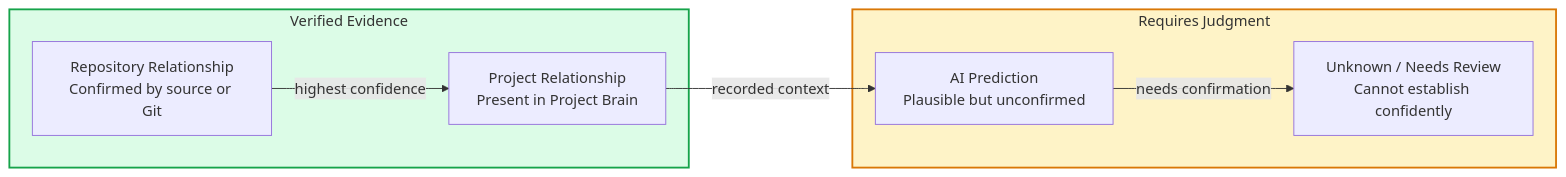
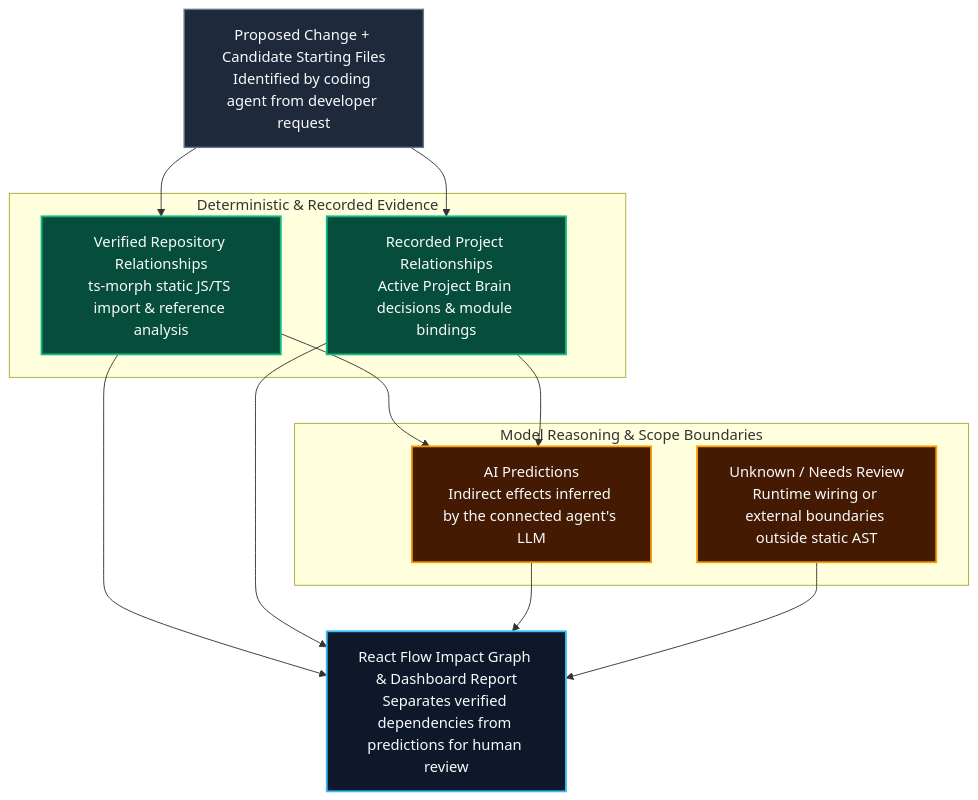
Before and after one commit to prajwal-govekar17/ProjectOS: the third of 6 diagrams in README.md, drawn with Mermaid. The commit also changed other lines of this file, not shown here.

Commit message:
docs: rewrite README with system architecture, Mermaid workflows, and engineering trade-offs

````diff
--- a/README.md
+++ b/README.md
@@ -340,19 +126,30 @@
 ```mermaid
-flowchart LR
-    subgraph VERIFIED["Verified Evidence"]
-        VR["Repository Relationship\nConfirmed by source or Git"]
-        PR["Project Relationship\nPresent in Project Brain"]
+flowchart TB
+    classDef input fill:#1e293b,stroke:#64748b,stroke-width:1.5px,color:#f8fafc
+    classDef fact fill:#064e3b,stroke:#10b981,stroke-width:2px,color:#f8fafc
+    classDef pred fill:#451a03,stroke:#f59e0b,stroke-width:2px,color:#f8fafc
+    classDef view fill:#0f172a,stroke:#38bdf8,stroke-width:2px,color:#f8fafc
+
+    REQ["Proposed Change + Candidate Starting Files\nIdentified by coding agent from developer request"]:::input
+
+    subgraph FACTS["Deterministic & Recorded Evidence"]
+        TSM["Verified Repository Relationships\nts-morph static JS/TS import & reference analysis"]:::fact
+        PBD["Recorded Project Relationships\nActive Project Brain decisions & module bindings"]:::fact
     end
 
-    subgraph UNVERIFIED["Requires Judgment"]
-        AI["AI Prediction\nPlausible but unconfirmed"]
-        UK["Unknown / Needs Review\nCannot establish confidently"]
+    subgraph HYP["Model Reasoning & Scope Boundaries"]
+        AIP["AI Predictions\nIndirect effects inferred by the connected agent's LLM"]:::pred
+        UNK["Unknown / Needs Review\nRuntime wiring or external boundaries outside static AST"]:::pred
     end
 
-    VR -- "highest confidence" --> PR
-    PR -- "recorded context" --> AI
-    AI -- "needs confirmation" --> UK
+    GRAPH["React Flow Impact Graph & Dashboard Report\nSeparates verified dependencies from predictions for human review"]:::view
 
-    style VERIFIED fill:#dcfce7,stroke:#16a34a,stroke-width:2px
-    style UNVERIFIED fill:#fef3c7,stroke:#d97706,stroke-width:2px
+    REQ --> TSM
+    REQ --> PBD
+    TSM --> AIP
+    PBD --> AIP
+    TSM --> GRAPH
+    PBD --> GRAPH
+    AIP --> GRAPH
+    UNK --> GRAPH
 ```
````
